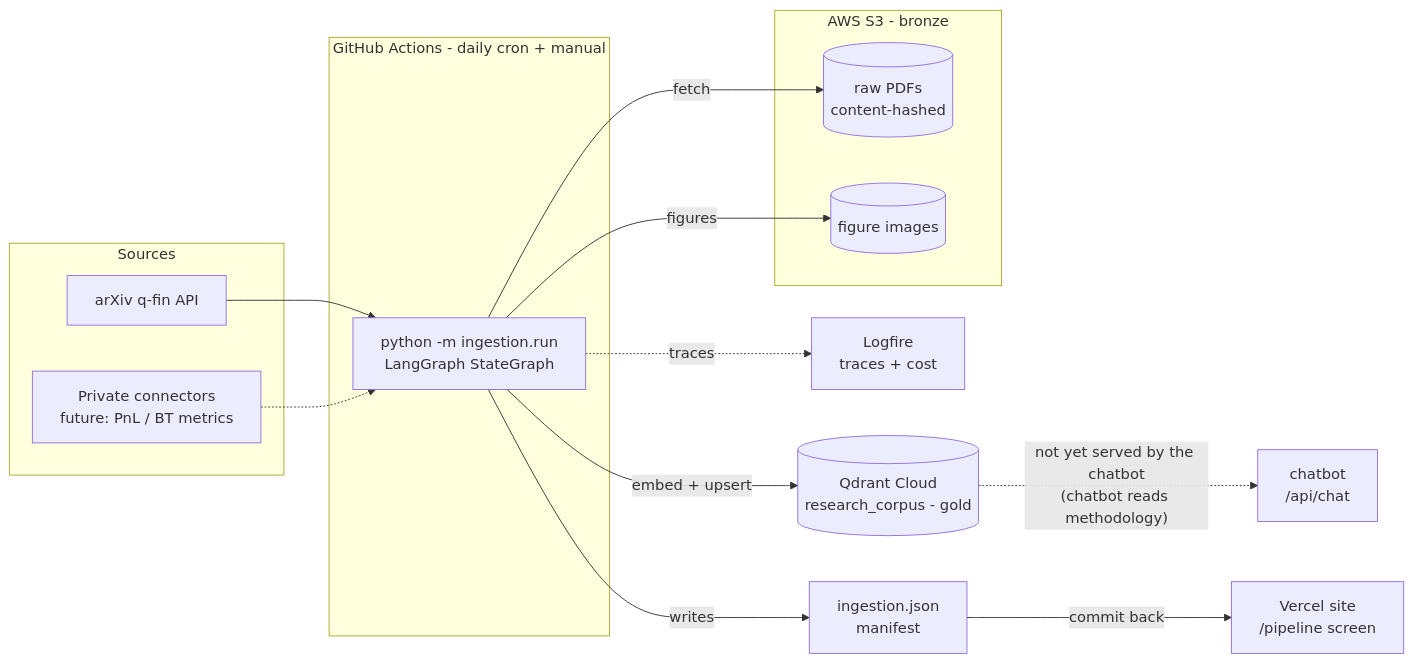
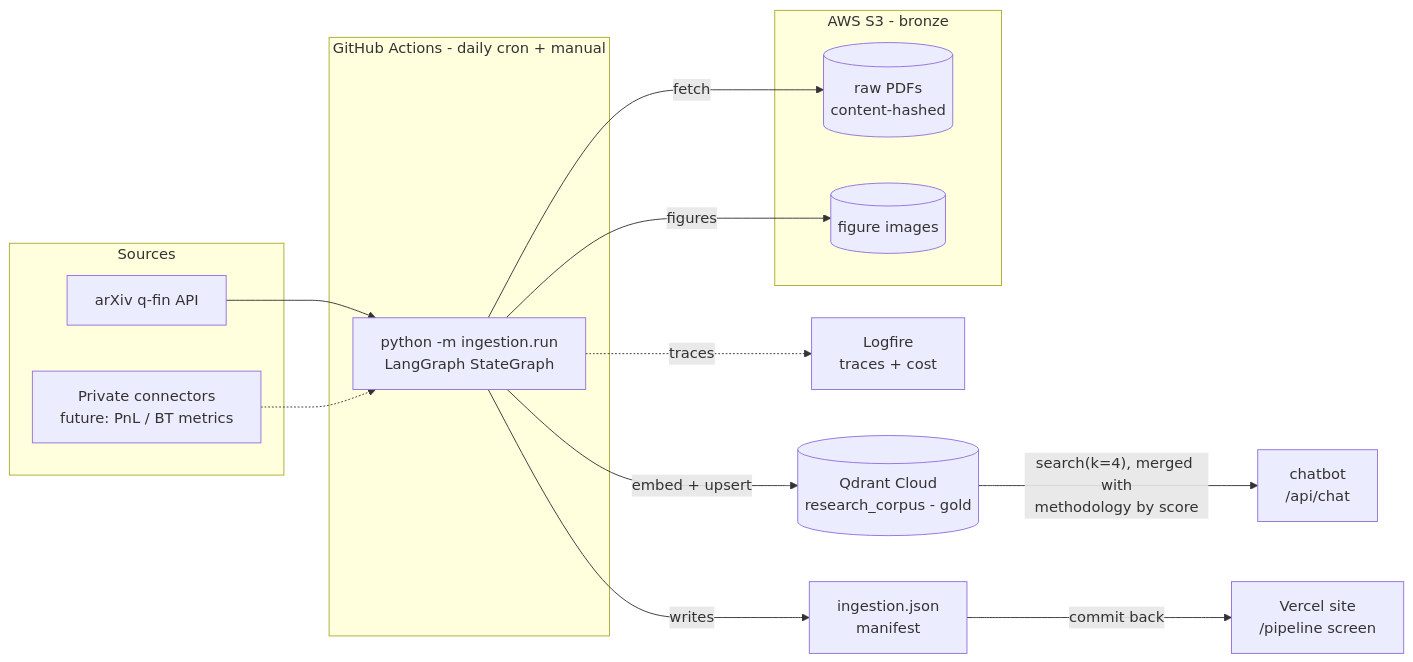
The first of 3 diagrams in architecture/02a-data-ingestion-asbuilt.md (hemantsadhwani/yantra-research-lab), drawn with Mermaid before and after one commit. The commit also changed other lines of this file and 15 other files, not shown here.

First line of the commit message:
Chatbot reads research_corpus: one search across both Qdrant collections

````diff
--- a/architecture/02a-data-ingestion-asbuilt.md
+++ b/architecture/02a-data-ingestion-asbuilt.md
@@ -34,32 +34,32 @@
 ```mermaid
 flowchart LR
   subgraph SRC[Sources]
     ARX[arXiv q-fin API]
     PRIV[Private connectors\nfuture: PnL / BT metrics]
   end
 
   subgraph CI[GitHub Actions - daily cron + manual]
     RUN[python -m ingestion.run\nLangGraph StateGraph]
   end
 
   subgraph AWS[AWS S3 - bronze]
     RAW[(raw PDFs\ncontent-hashed)]
     IMG[(figure images)]
   end
 
   QDR[(Qdrant Cloud\nresearch_corpus - gold)]
   LOG[Logfire\ntraces + cost]
   MAN[ingestion.json\nmanifest]
   SITE[Vercel site\n/pipeline screen]
   BOT[chatbot\n/api/chat]
 
   ARX --> RUN
   PRIV -.-> RUN
   RUN -->|fetch| RAW
   RUN -->|figures| IMG
   RUN -->|embed + upsert| QDR
   RUN -.->|traces| LOG
   RUN -->|writes| MAN
   MAN -->|commit back| SITE
-  QDR -.->|"not yet served by the chatbot\n(chatbot reads methodology)"| BOT
+  QDR -->|"search(k=4), merged with\nmethodology by score"| BOT
 ```
````
